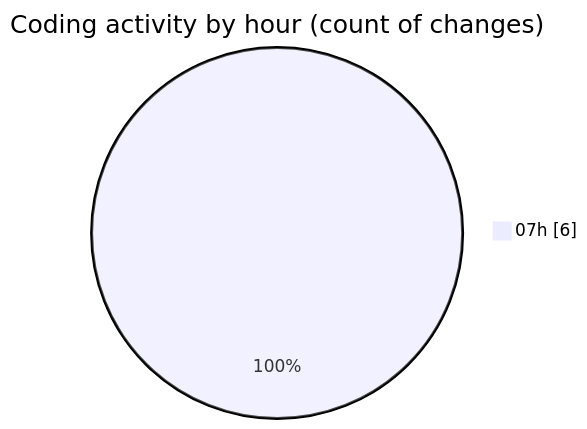
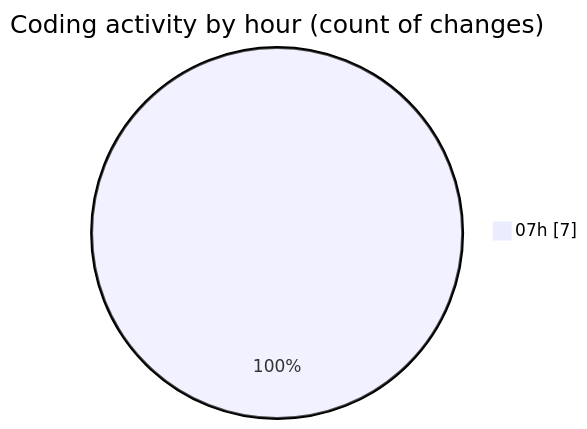
The second of 2 diagrams in 2025-02-27/area-formacao-web/README.md (robertbonfada/code-tracking), drawn with Mermaid before and after one commit. The commit also changed other lines of this file and 1 other file, not shown here.

````diff
--- a/2025-02-27/area-formacao-web/README.md
+++ b/2025-02-27/area-formacao-web/README.md
@@ -32,5 +33,5 @@
 ```mermaid
 pie showData
 title Coding activity by hour (count of changes)
-"07h" : 6
+"07h" : 7
 ```
````
